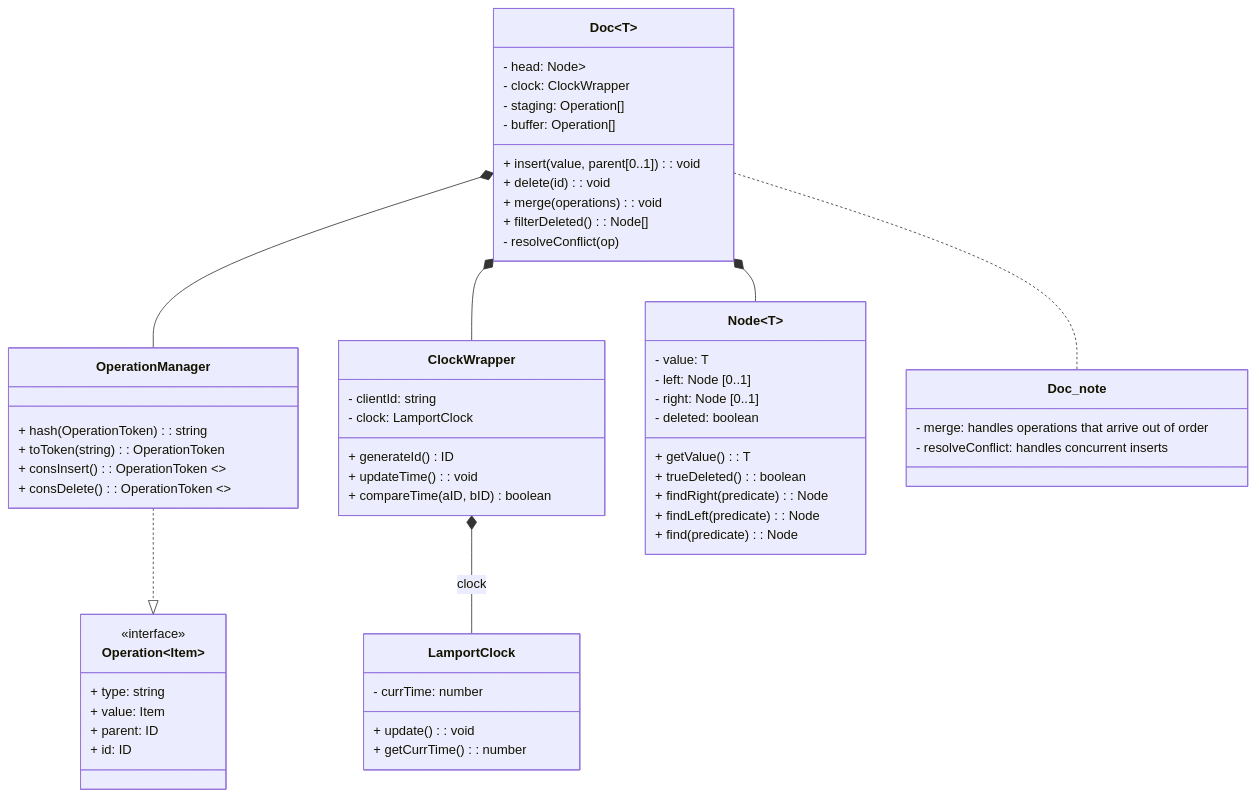
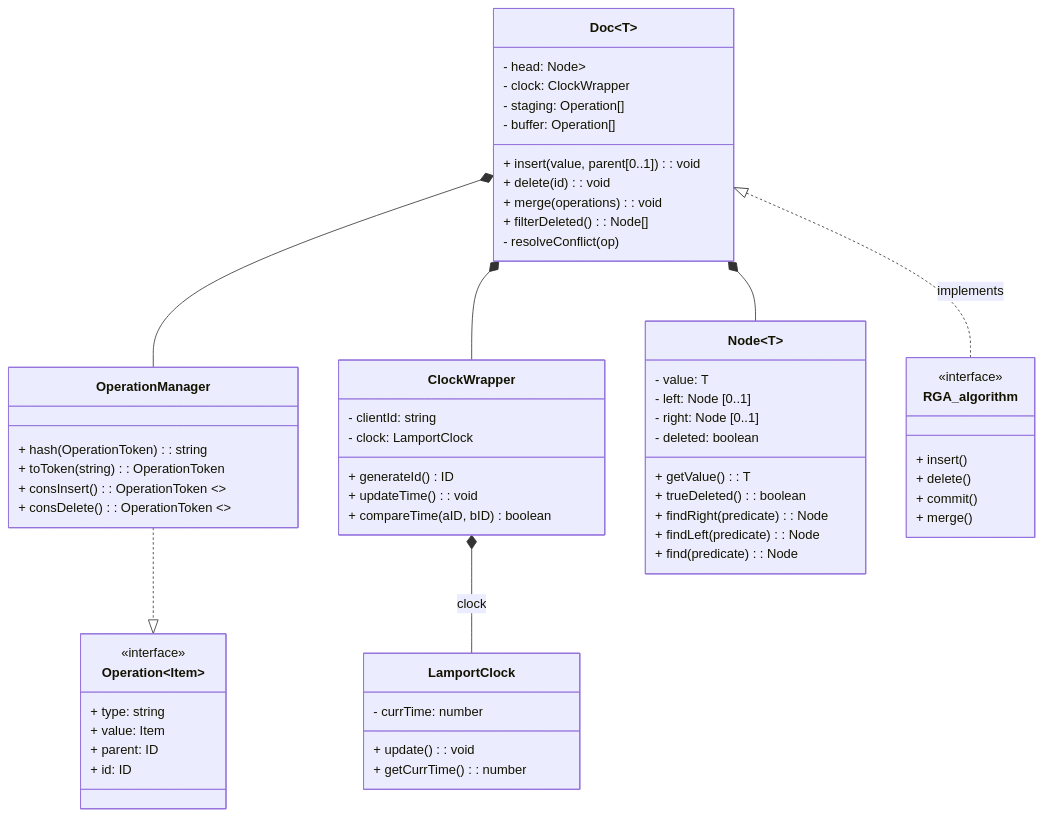
One commit to isaiahchan1405/CRDT-RGA changed the diagram in notes/UML.md. Above: the diagram before and after it, drawn with Mermaid. The commit also changed 4 other files, not shown here.

````diff
--- a/notes/UML.md
+++ b/notes/UML.md
@@ -1,68 +1,71 @@
 ```mermaid
 classDiagram
     class LamportClock {
         - currTime: number
         + update(): void
         + getCurrTime(): number
     }
 
     class ClockWrapper {
         - clientId: string
         - clock: LamportClock
         + generateId() ID
         + updateTime(): void
         + compareTime(aID, bID) boolean 
     }
     
     class Operation~Item~ {
         <<interface>>
         + type: string
         + value: Item
         + parent: ID
         + id: ID
     }
 
     class OperationManager {
         + hash(OperationToken): string
         + toToken(string): OperationToken
         + consInsert(): OperationToken <<static>>
         + consDelete(): OperationToken <<static>>
     }
 
     class Node~T~ {
         - value: T
         - left: Node<T> [0..1]
         - right: Node<T> [0..1]
         - deleted: boolean
         + getValue(): T
         + trueDeleted(): boolean
         + findRight(predicate): Node<T>
         + findLeft(predicate): Node<T>
         + find(predicate): Node<T>
     }
 
     class Doc~T~ {
         - head: Node<Operation<T>>
         - clock: ClockWrapper
         - staging: Operation<T>[]
         - buffer: Operation<T>[]
         + insert(value, parent[0..1]): void
         + delete(id): void
         + merge(operations): void
         + filterDeleted(): Node[]
         - resolveConflict(op)
     }
 
-    class Doc_note {
-        - merge: handles operations that arrive out of order
-        - resolveConflict: handles concurrent inserts
+    class RGA_algorithm {
+        <<interface>>
+        + insert()
+        + delete()
+        + commit()
+        + merge()
     }
 
+    Doc~T~  <|.. RGA_algorithm : implements
     ClockWrapper *-- LamportClock : clock
     OperationManager ..|> Operation
-    Doc~T~ .. Doc_note
     Doc~T~ *-- Node~T~
     Doc~T~ *-- OperationManager
     Doc~T~ *-- ClockWrapper
 
 ```
````
